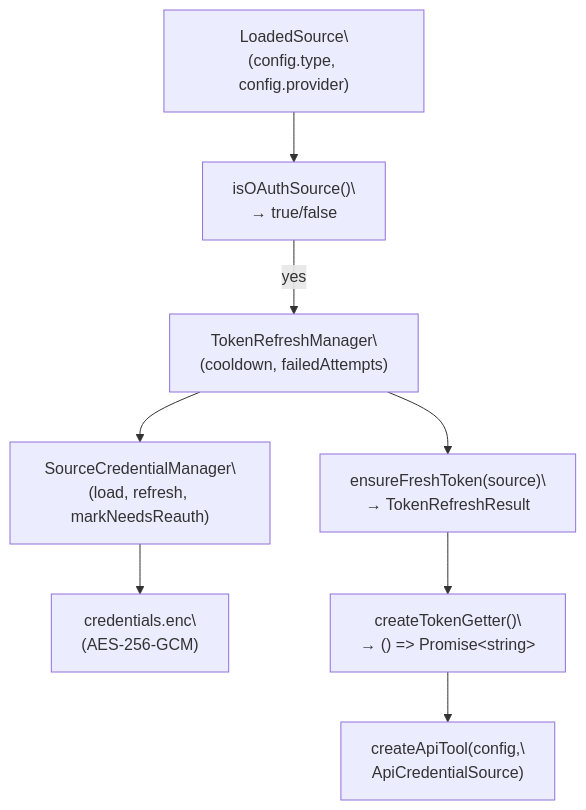
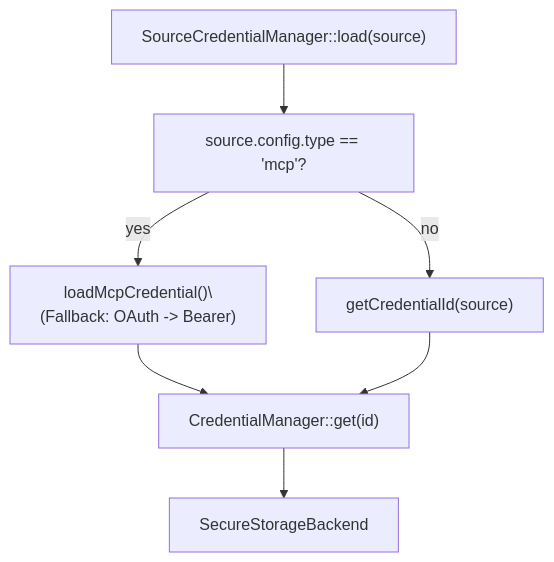
Before and after one commit to blackcater/zentree: the fourth of 4 diagrams in docs/lukilabs_craft-agents-oss/core-concepts/sources.md, drawn with Mermaid. The commit also changed other lines of this file and 232 other files, not shown here.

````diff
--- a/docs/lukilabs_craft-agents-oss/core-concepts/sources.md
+++ b/docs/lukilabs_craft-agents-oss/core-concepts/sources.md
@@ -357,27 +247,17 @@
 ```mermaid
 flowchart TD
-    LoadedSource["LoadedSource\
-(config.type, config.provider)"]
-    isOAuthSource["isOAuthSource()\
-→ true/false"]
-    TokenRefreshManager["TokenRefreshManager\
-(cooldown, failedAttempts)"]
-    SourceCredentialManager["SourceCredentialManager\
-(load, refresh, markNeedsReauth)"]
-    credentialsEnc["credentials.enc\
-(AES-256-GCM)"]
-    ensureFreshToken["ensureFreshToken(source)\
-→ TokenRefreshResult"]
-    createTokenGetter["createTokenGetter()\
-→ () =&gt; Promise&lt;string&gt;"]
-    createApiTool["createApiTool(config,\
-ApiCredentialSource)"]
+    SourceCredentialManager["SourceCredentialManager::load(source)"]
+    isMcp["source.config.type == 'mcp'?"]
+    loadMcpCredential["loadMcpCredential()\
+(Fallback: OAuth -> Bearer)"]
+    getCredentialId["getCredentialId(source)"]
+    CredentialManager["CredentialManager::get(id)"]
+    SecureStorageBackend["SecureStorageBackend"]
 
-    LoadedSource --> isOAuthSource
-    isOAuthSource -->|"yes"| TokenRefreshManager
-    TokenRefreshManager --> SourceCredentialManager
-    SourceCredentialManager --> credentialsEnc
-    TokenRefreshManager --> ensureFreshToken
-    ensureFreshToken --> createTokenGetter
-    createTokenGetter --> createApiTool
+    SourceCredentialManager --> isMcp
+    isMcp -->|"yes"| loadMcpCredential
+    isMcp -->|"no"| getCredentialId
+    loadMcpCredential --> CredentialManager
+    getCredentialId --> CredentialManager
+    CredentialManager --> SecureStorageBackend
 ```
````
